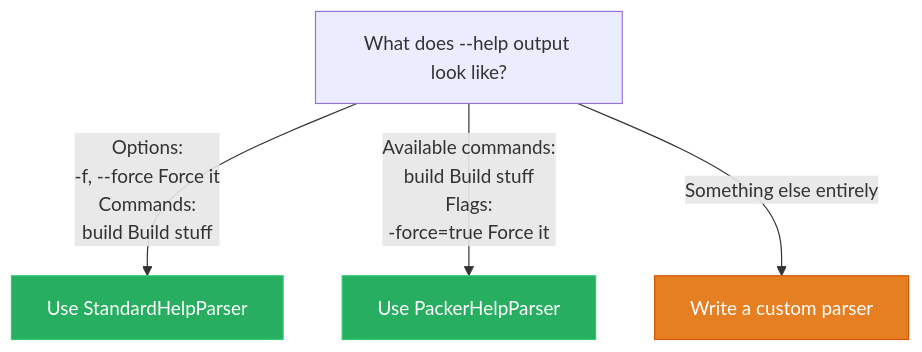
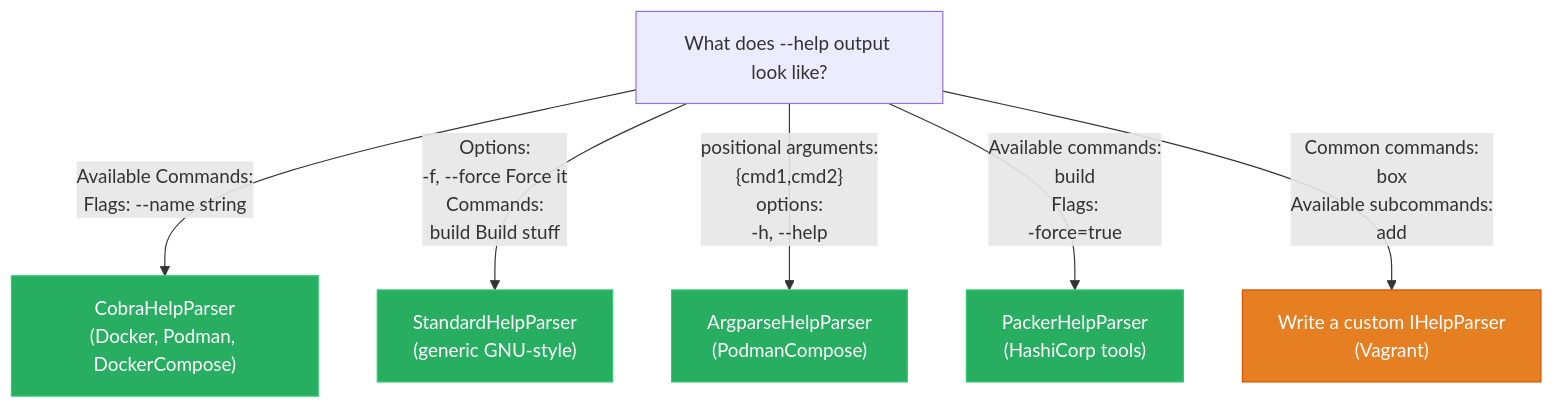
The second of 5 diagrams in Net/FrenchExDev/BinaryWrapper/doc/HOW-TO.md (FrenchExDev/FrenchExDev), drawn with Mermaid before and after one commit. The commit also changed other lines of this file and 29723 other files, not shown here.

````diff
--- a/Net/FrenchExDev/BinaryWrapper/doc/HOW-TO.md
+++ b/Net/FrenchExDev/BinaryWrapper/doc/HOW-TO.md
@@ -111,11 +111,15 @@
 ```mermaid
 flowchart TD
     Q["What does --help output look like?"]
-    Q -->|"Options:\n  -f, --force  Force it\nCommands:\n  build  Build stuff"| STD["Use StandardHelpParser"]
-    Q -->|"Available commands:\n  build  Build stuff\nFlags:\n  -force=true  Force it"| GO["Use PackerHelpParser"]
-    Q -->|"Something else entirely"| CUSTOM["Write a custom parser"]
+    Q -->|"Available Commands:<br>Flags: --name string"| COBRA["CobraHelpParser<br>(Docker, Podman, DockerCompose)"]
+    Q -->|"Options:<br>  -f, --force  Force it<br>Commands:<br>  build  Build stuff"| STD["StandardHelpParser<br>(generic GNU-style)"]
+    Q -->|"positional arguments:<br>  {cmd1,cmd2}<br>options:<br>  -h, --help"| ARGPARSE["ArgparseHelpParser<br>(PodmanCompose)"]
+    Q -->|"Available commands:<br>  build<br>Flags:<br>  -force=true"| PACKER["PackerHelpParser<br>(HashiCorp tools)"]
+    Q -->|"Common commands:<br>  box<br>Available subcommands:<br>  add"| CUSTOM["Write a custom IHelpParser<br>(Vagrant)"]
 
+    style COBRA fill:#27ae60,stroke:#2ecc71,color:#fff
     style STD fill:#27ae60,stroke:#2ecc71,color:#fff
-    style GO fill:#27ae60,stroke:#2ecc71,color:#fff
+    style ARGPARSE fill:#27ae60,stroke:#2ecc71,color:#fff
+    style PACKER fill:#27ae60,stroke:#2ecc71,color:#fff
     style CUSTOM fill:#e67e22,stroke:#d35400,color:#fff
 ```
````
